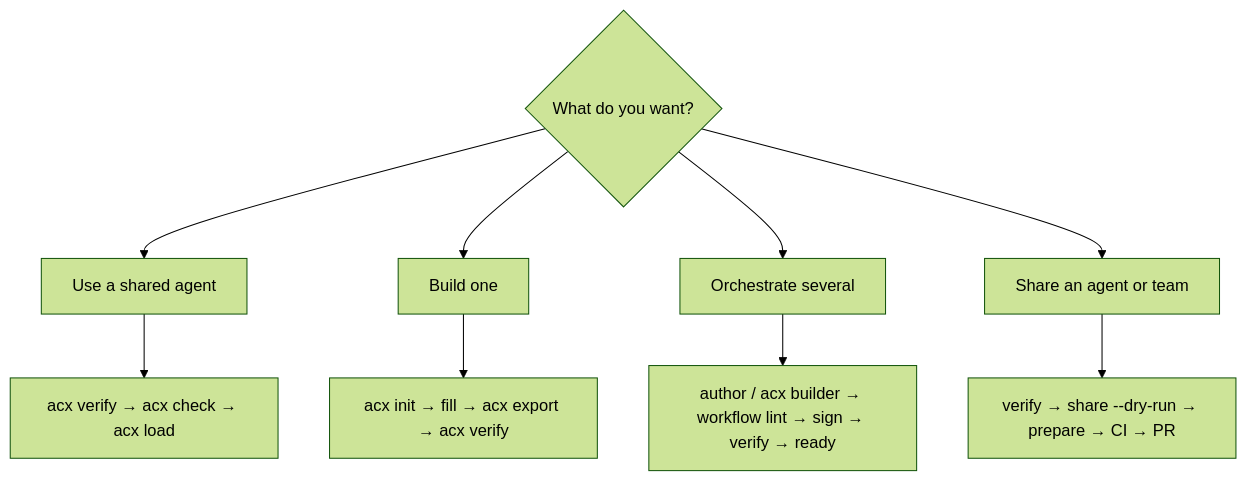
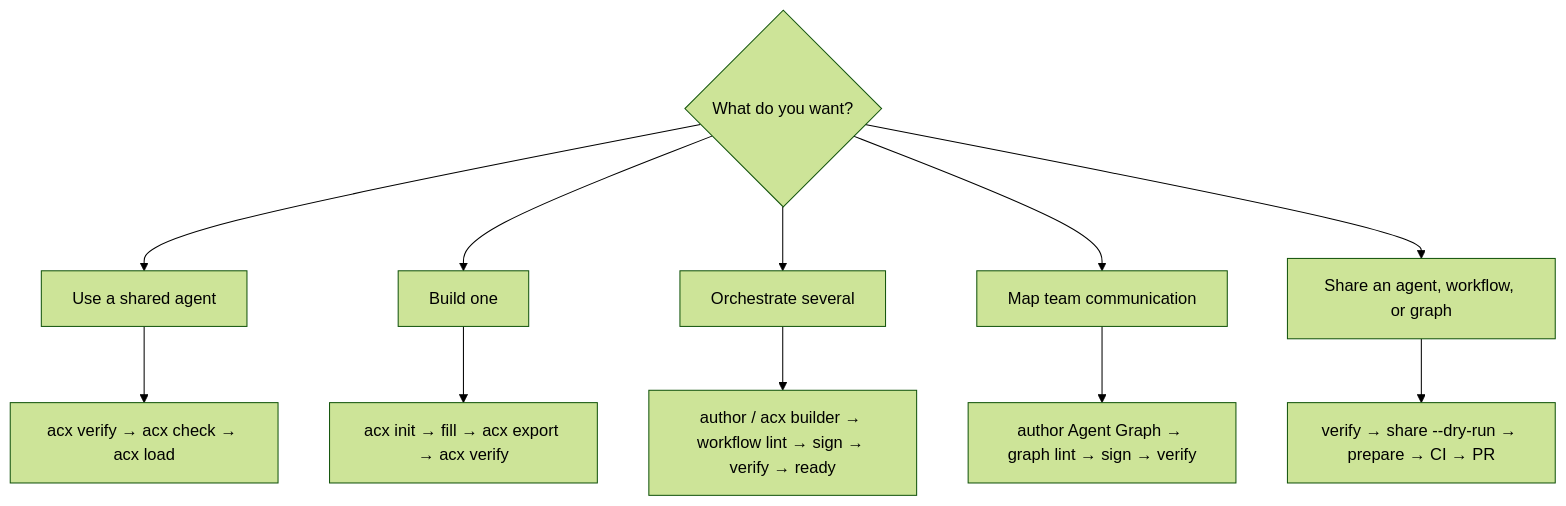
One commit to lboel/acx changed the diagram in docs-site/docs/reference/for-agents.md. Above: the diagram before and after it, drawn with Mermaid (forest theme). The commit also changed other lines of this file and 49 other files, not shown here.

Commit message:
feat(acx): add signed agent information graphs

````diff
--- a/docs-site/docs/reference/for-agents.md
+++ b/docs-site/docs/reference/for-agents.md
@@ -51,11 +56,13 @@
 ```mermaid
 flowchart TD
   Q{What do you want?} --> use[Use a shared agent]
   Q --> make[Build one]
   Q --> team[Orchestrate several]
-  Q --> share[Share an agent or team]
+  Q --> map[Map team communication]
+  Q --> share[Share an agent, workflow, or graph]
   use --> v["acx verify → acx check → acx load"]
   make --> i["acx init → fill → acx export → acx verify"]
   team --> c["author / acx builder → workflow lint → sign → verify → ready"]
+  map --> g["author Agent Graph → graph lint → sign → verify"]
   share --> s["verify → share --dry-run → prepare → CI → PR"]
 ```
````
